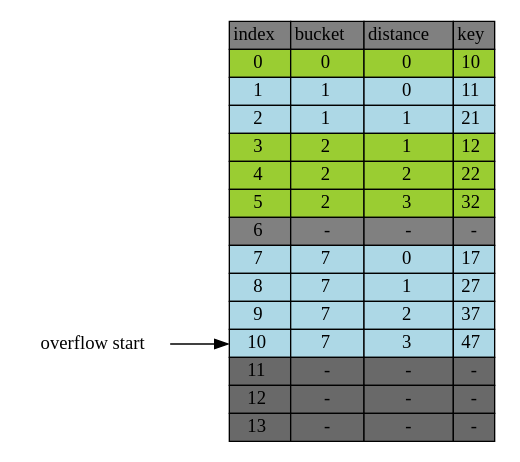
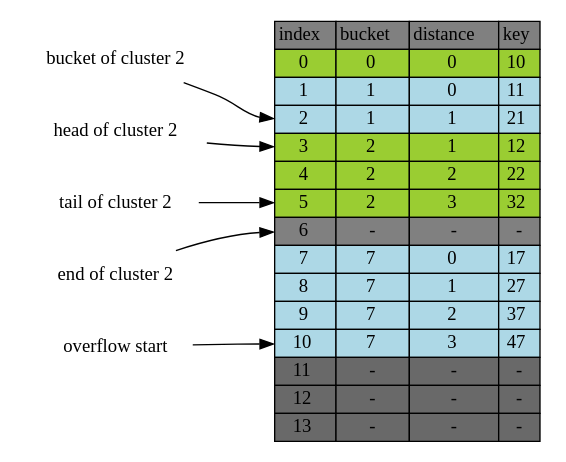
The diagram in hashing/cluster.dot (jasonlue/digest), drawn with Graphviz before and after one commit. The commit also changed 2 other files, not shown here.

```diff
--- a/hashing/cluster.dot
+++ b/hashing/cluster.dot
@@ -1,101 +1,105 @@
 digraph table{
     rankdir=LR
     node[shape=plaintext]
 
      table[label=<
         <TABLE BORDER="0" CELLBORDER="1" CELLSPACING="0">
             <TR>
                 <TD BGCOLOR="grey">index</TD>
                 <TD BGCOLOR="grey">bucket</TD>
                 <TD BGCOLOR="grey">distance</TD>
                 <TD BGCOLOR="grey">key</TD>
             </TR>           
             <TR>
                 <TD BGCOLOR="yellowgreen" PORT="i0">0</TD>
                 <TD BGCOLOR="yellowgreen">0</TD>
                 <TD BGCOLOR="yellowgreen">0</TD>
                 <TD BGCOLOR="yellowgreen" PORT="k0">10</TD>
             </TR>           
             <TR>
                 <TD BGCOLOR="lightblue" PORT="i1">1</TD>
                 <TD BGCOLOR="lightblue">1</TD>
                 <TD BGCOLOR="lightblue">0</TD>
                 <TD BGCOLOR="lightblue" PORT="k1">11</TD>
             </TR>           
             <TR>
                 <TD BGCOLOR="lightblue" PORT="i2">2</TD>
                 <TD BGCOLOR="lightblue">1</TD>
                 <TD BGCOLOR="lightblue">1</TD>
                 <TD BGCOLOR="lightblue" PORT="k2">21</TD>
             </TR>           
             <TR>
                 <TD BGCOLOR="yellowgreen" PORT="i3">3</TD>
                 <TD BGCOLOR="yellowgreen">2</TD>
                 <TD BGCOLOR="yellowgreen">1</TD>
                 <TD BGCOLOR="yellowgreen" PORT="k3">12</TD>
             </TR>           
             <TR>
                 <TD BGCOLOR="yellowgreen" PORT="i4">4</TD>
                 <TD BGCOLOR="yellowgreen">2</TD>
                 <TD BGCOLOR="yellowgreen">2</TD>
                 <TD BGCOLOR="yellowgreen" PORT="k4">22</TD>
             </TR>           
             <TR>
                 <TD BGCOLOR="yellowgreen" PORT="i5">5</TD>
                 <TD BGCOLOR="yellowgreen">2</TD>
                 <TD BGCOLOR="yellowgreen">3</TD>
                 <TD BGCOLOR="yellowgreen" PORT="k5">32</TD>
             </TR>
             <TR>
                 <TD BGCOLOR="grey" PORT="i6">6</TD>
                 <TD BGCOLOR="grey">-</TD>
                 <TD BGCOLOR="grey">-</TD>
                 <TD BGCOLOR="grey" PORT="k6">-</TD> 
             </TR>           
             <TR>
                 <TD BGCOLOR="lightblue" PORT="i7">7</TD>
                 <TD BGCOLOR="lightblue">7</TD>
                 <TD BGCOLOR="lightblue">0</TD>
                 <TD BGCOLOR="lightblue" PORT="k7">17</TD>
             </TR>           
             <TR>
                 <TD BGCOLOR="lightblue" PORT="i8">8</TD>
                 <TD BGCOLOR="lightblue">7</TD>
                 <TD BGCOLOR="lightblue">1</TD>
                 <TD BGCOLOR="lightblue" PORT="k8">27</TD>
             </TR>           
             <TR>
                 <TD BGCOLOR="lightblue" PORT="i9">9</TD>
                 <TD BGCOLOR="lightblue">7</TD>
                 <TD BGCOLOR="lightblue">2</TD>
                 <TD BGCOLOR="lightblue" PORT="k9">37</TD>
             </TR>           
             <TR>
                 <TD BGCOLOR="lightblue" PORT="i10">10</TD>
                 <TD BGCOLOR="lightblue">7</TD>
                 <TD BGCOLOR="lightblue">3</TD>
                 <TD BGCOLOR="lightblue" PORT="k10">47</TD>
             </TR>           
             <TR>
                 <TD BGCOLOR="dimgrey" PORT="i11">11</TD>
                 <TD BGCOLOR="dimgrey">-</TD>
                 <TD BGCOLOR="dimgrey">-</TD>
                 <TD BGCOLOR="dimgrey" PORT="k11">-</TD>
             </TR>           
             <TR>
                 <TD BGCOLOR="dimgrey" PORT="i12">12</TD>
                 <TD BGCOLOR="dimgrey">-</TD>
                 <TD BGCOLOR="dimgrey">-</TD>
                 <TD BGCOLOR="dimgrey" PORT="k12">-</TD>
             </TR>           
             <TR>
                 <TD BGCOLOR="dimgrey" PORT="i13">13</TD>
                 <TD BGCOLOR="dimgrey">-</TD>
                 <TD BGCOLOR="dimgrey">-</TD>
                 <TD BGCOLOR="dimgrey" PORT="k13">-</TD>
             </TR>           
         </TABLE>
     >]
 
+    "bucket of cluster 2" -> table:i2
+    "head of cluster 2" -> table:i3
+    "tail of cluster 2" -> table:i5
+    "end of cluster 2" -> table:i6
     "overflow start" -> table:i10
 }
```
